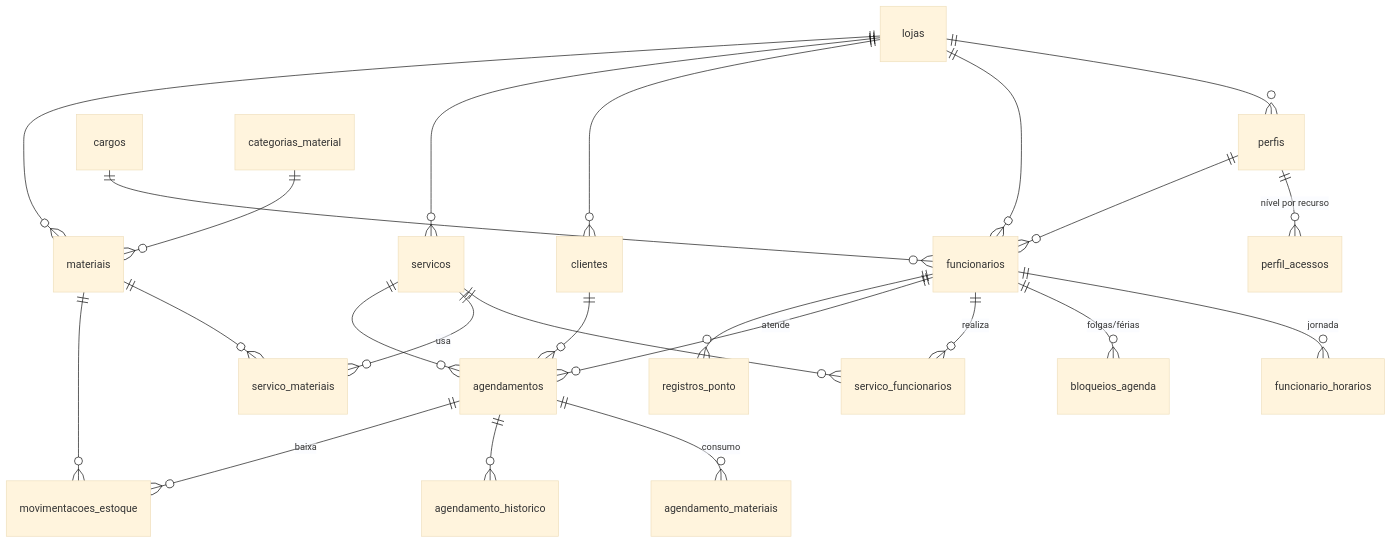
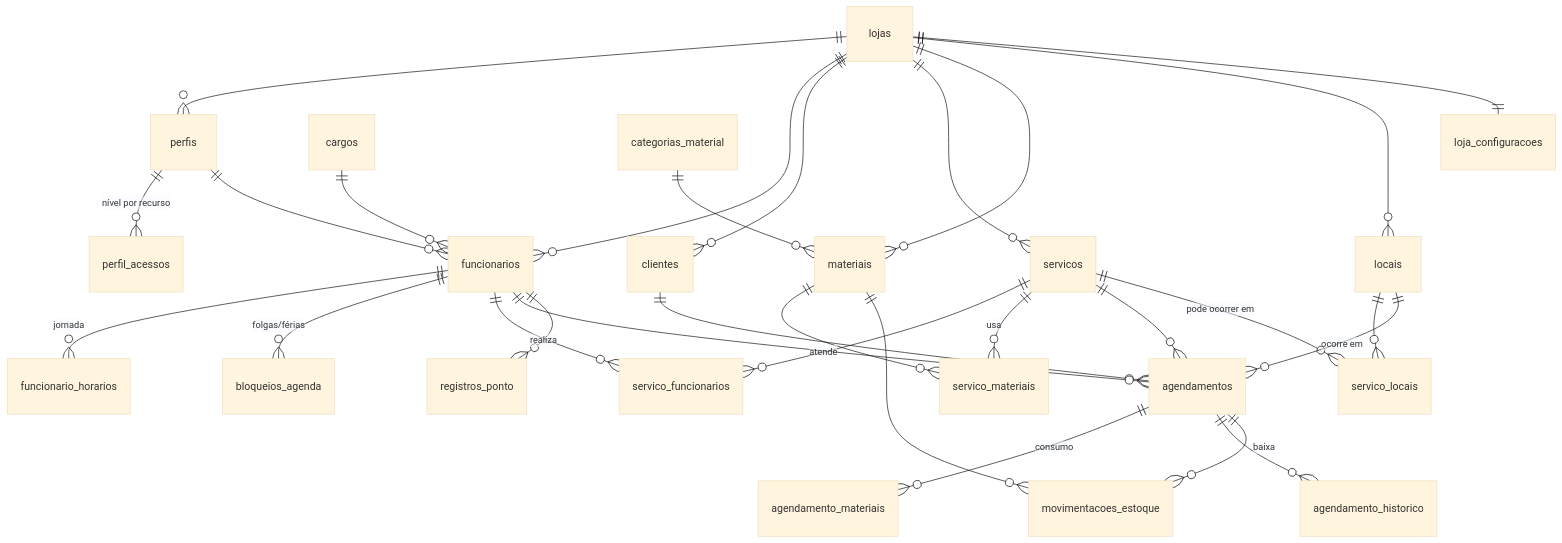
The second of 2 diagrams in estrutura.md (BrunoBlanck/agenda), drawn with Mermaid (base theme) before and after one commit. The commit also changed other lines of this file and 20 other files, not shown here.

````diff
--- a/estrutura.md
+++ b/estrutura.md
@@ -336,32 +339,38 @@
 ```mermaid
 erDiagram
     lojas ||--o{ perfis : ""
     lojas ||--o{ funcionarios : ""
     lojas ||--o{ clientes : ""
     lojas ||--o{ servicos : ""
     lojas ||--o{ materiais : ""
 
     perfis ||--o{ perfil_acessos : "nível por recurso"
     perfis ||--o{ funcionarios : ""
     cargos ||--o{ funcionarios : ""
 
     funcionarios ||--o{ funcionario_horarios : "jornada"
     funcionarios ||--o{ bloqueios_agenda : "folgas/férias"
     funcionarios ||--o{ servico_funcionarios : "realiza"
     servicos ||--o{ servico_funcionarios : ""
 
     categorias_material ||--o{ materiais : ""
     servicos ||--o{ servico_materiais : "usa"
     materiais ||--o{ servico_materiais : ""
 
     clientes ||--o{ agendamentos : ""
     servicos ||--o{ agendamentos : ""
     funcionarios ||--o{ agendamentos : "atende"
     agendamentos ||--o{ agendamento_materiais : "consumo"
     agendamentos ||--o{ agendamento_historico : ""
 
     materiais ||--o{ movimentacoes_estoque : ""
     agendamentos ||--o{ movimentacoes_estoque : "baixa"
 
     funcionarios ||--o{ registros_ponto : ""
+
+    lojas ||--o{ locais : ""
+    lojas ||--|| loja_configuracoes : ""
+    locais ||--o{ servico_locais : ""
+    servicos ||--o{ servico_locais : "pode ocorrer em"
+    locais ||--o{ agendamentos : "ocorre em"
 ```
````
